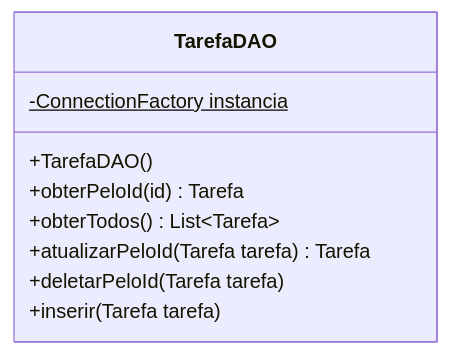
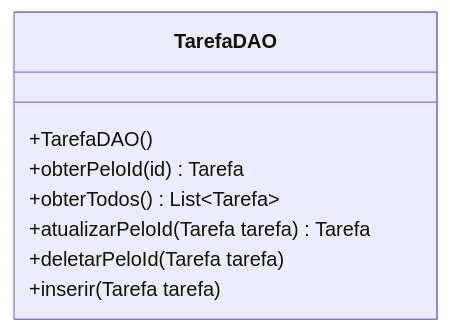
The second of 2 diagrams in README.md (leandersonandre/java-jdbc), drawn with Mermaid before and after one commit. The commit also changed other lines of this file, not shown here.

````diff
--- a/README.md
+++ b/README.md
@@ -70,12 +70,11 @@
 ```mermaid
 classDiagram
 class TarefaDAO{
-    -ConnectionFactory instancia$
     +TarefaDAO()
     +obterPeloId(id) Tarefa
     +obterTodos() List~Tarefa~
     +atualizarPeloId(Tarefa tarefa) Tarefa
     +deletarPeloId(Tarefa tarefa)
     +inserir(Tarefa tarefa)
 }
 ```
````
